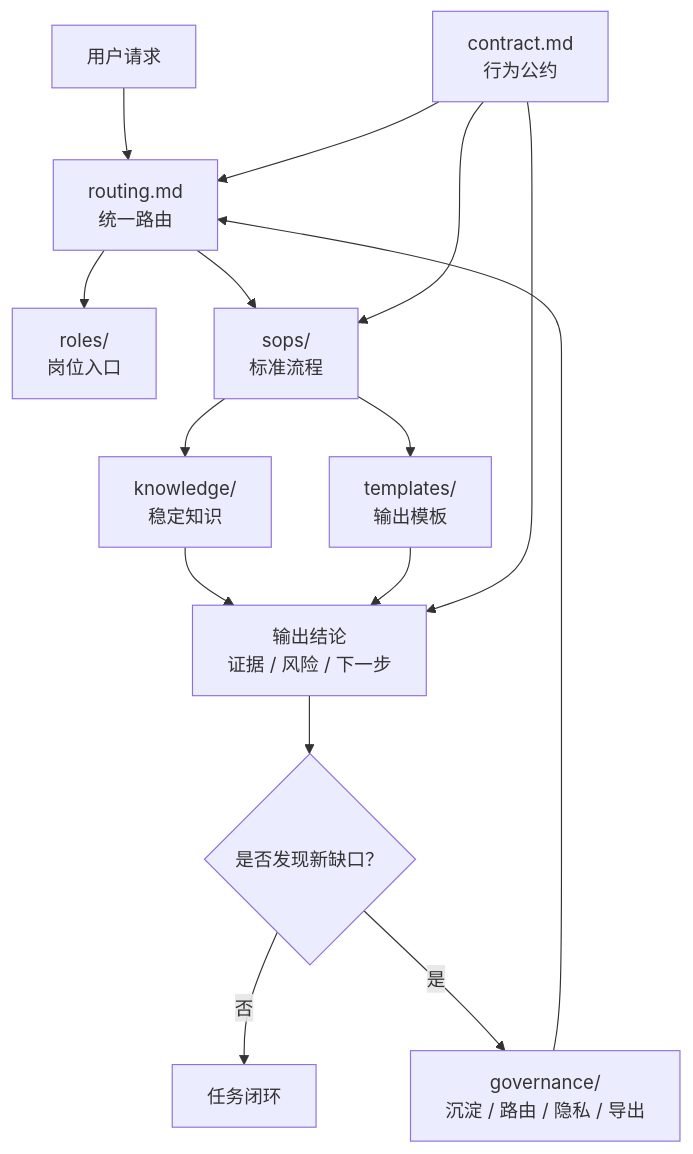
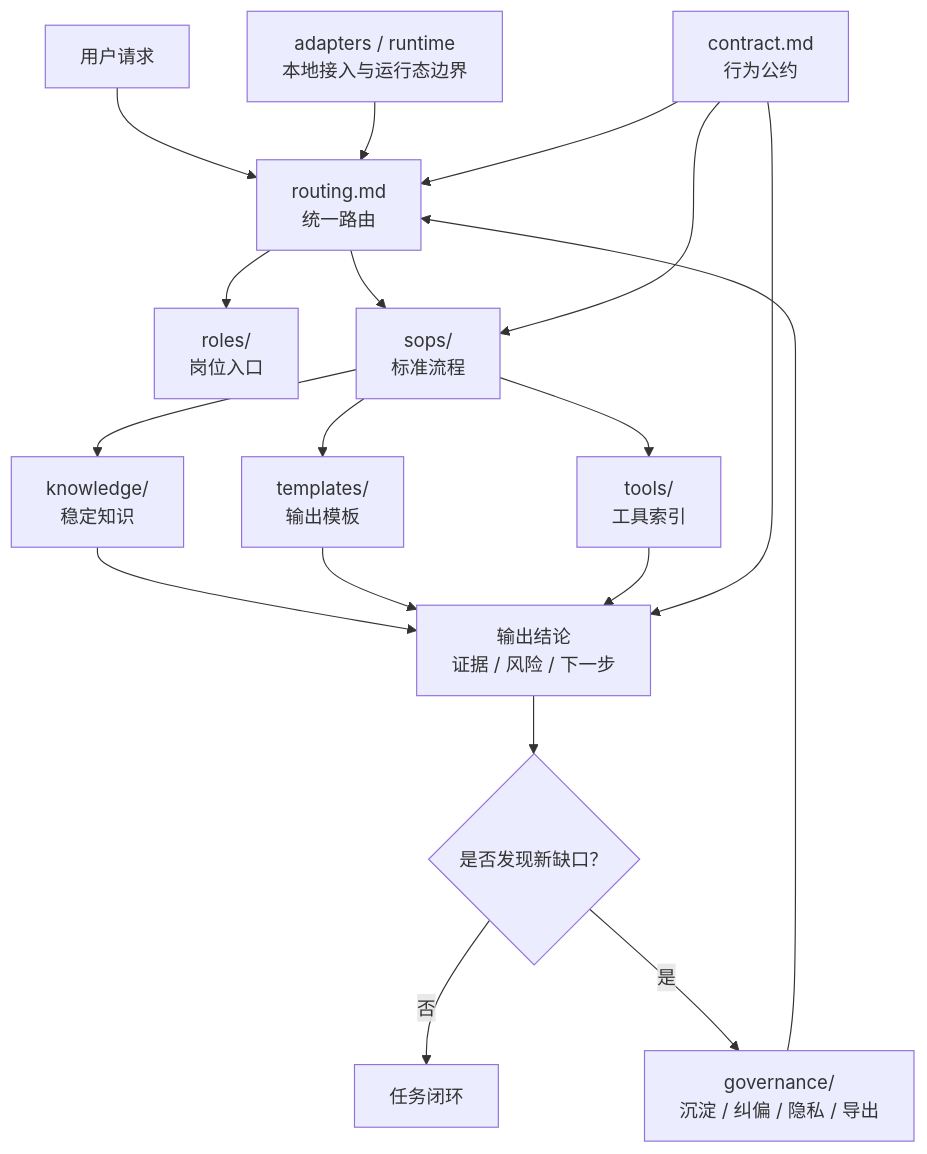
The diagram in README.md (sprohter/agents-sop-starter), drawn with Mermaid before and after one commit. The commit also changed other lines of this file and 11 other files, not shown here.

````diff
--- a/README.md
+++ b/README.md
@@ -25,17 +26,20 @@
 ```mermaid
 flowchart TD
     A["用户请求"] --> B["routing.md<br/>统一路由"]
     B --> C["roles/<br/>岗位入口"]
     B --> D["sops/<br/>标准流程"]
     D --> E["knowledge/<br/>稳定知识"]
     D --> F["templates/<br/>输出模板"]
+    D --> L["tools/<br/>工具索引"]
     E --> G["输出结论<br/>证据 / 风险 / 下一步"]
     F --> G
+    L --> G
     G --> H{"是否发现新缺口？"}
     H -- "否" --> I["任务闭环"]
-    H -- "是" --> J["governance/<br/>沉淀 / 路由 / 隐私 / 导出"]
+    H -- "是" --> J["governance/<br/>沉淀 / 纠偏 / 隐私 / 导出"]
     J --> B
+    M["adapters / runtime<br/>本地接入与运行态边界"] --> B
     K["contract.md<br/>行为公约"] --> B
     K --> D
     K --> G
 ```
````
